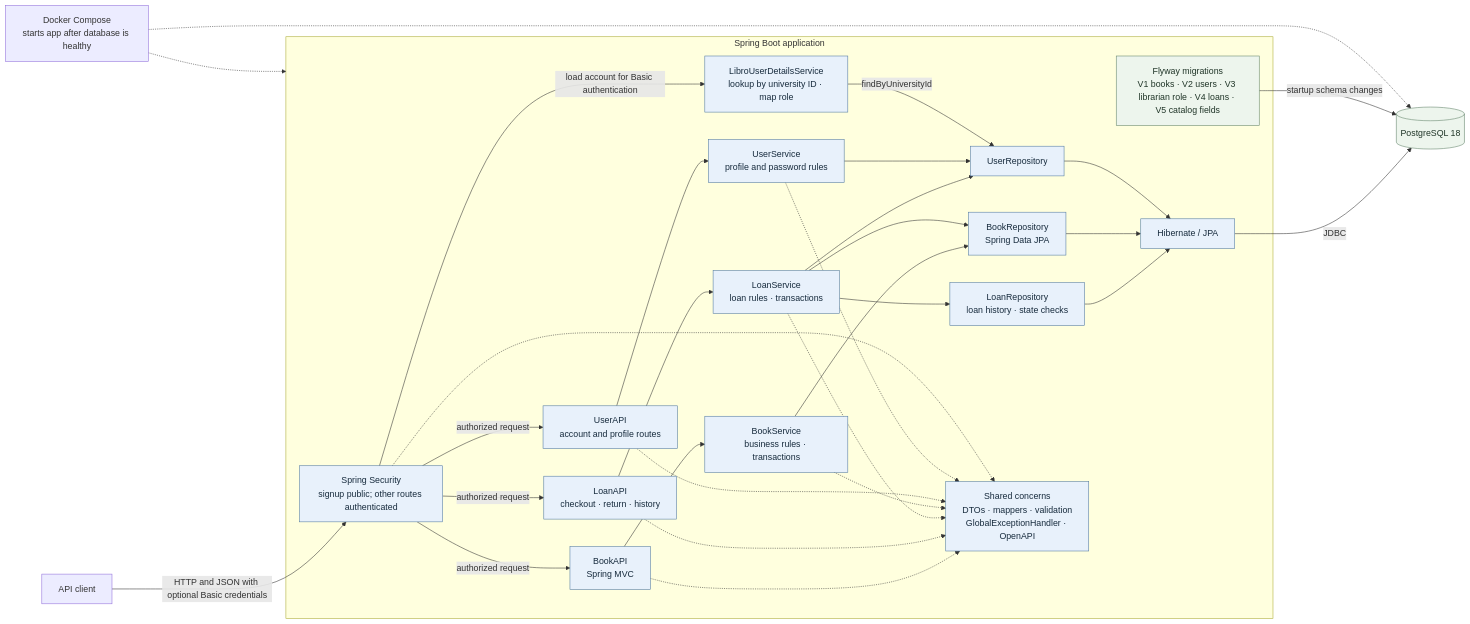
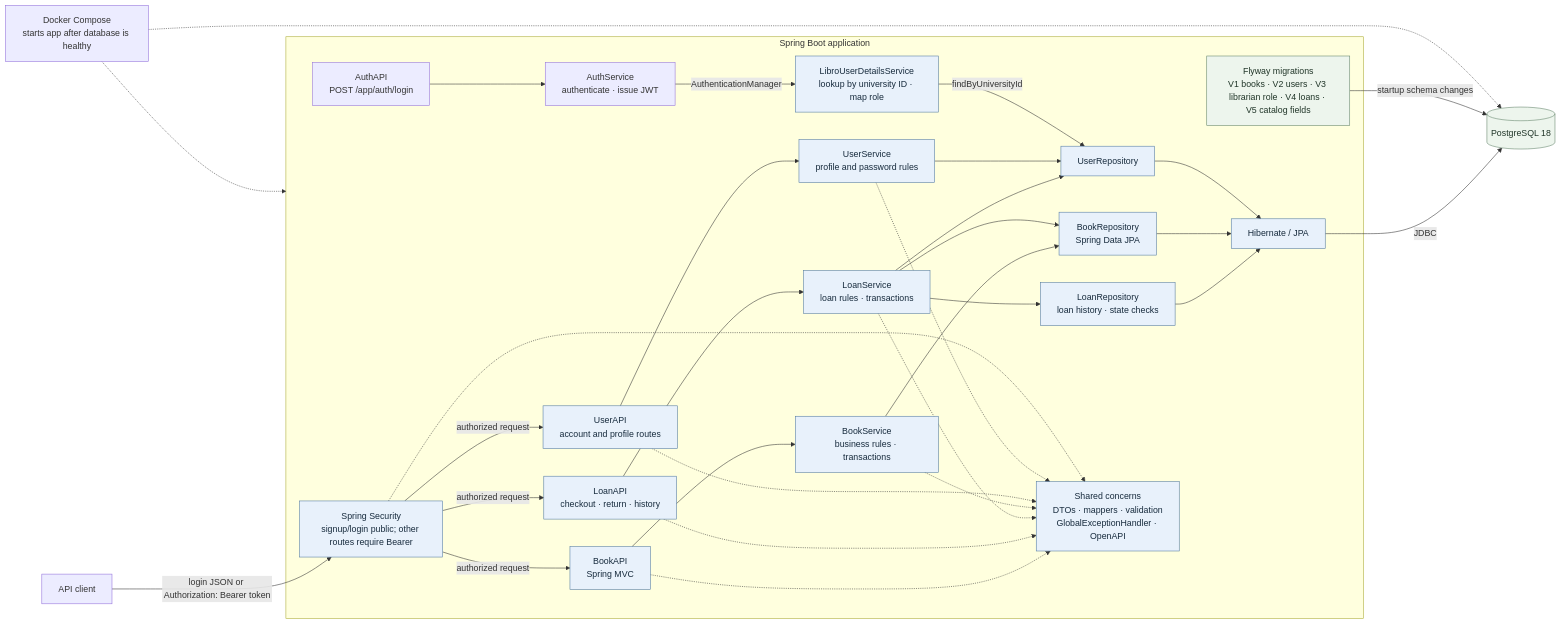
Before and after one commit to zqf20096327/dbhub_collect: the first of 6 diagrams in data/readmes/kyledelfin2006__libro-library-system.md, drawn with Mermaid. The commit also changed other lines of this file and 466 other files, not shown here.

````diff
--- a/data/readmes/kyledelfin2006__libro-library-system.md
+++ b/data/readmes/kyledelfin2006__libro-library-system.md
@@ -91,42 +92,43 @@
 ```mermaid
 flowchart LR
     Client["API client"]
     subgraph App["Spring Boot application"]
-        Security["Spring Security<br/>signup public; other routes authenticated"]
+        Security["Spring Security<br/>signup/login public; other routes require Bearer"]
         API["BookAPI<br/>Spring MVC"] --> Service["BookService<br/>business rules · transactions"]
         Service --> BookRepo["BookRepository<br/>Spring Data JPA"]
         LoanAPI["LoanAPI<br/>checkout · return · history"] --> LoanService["LoanService<br/>loan rules · transactions"]
         LoanService --> LoanRepo["LoanRepository<br/>loan history · state checks"]
         LoanService --> BookRepo
         LoanService --> UserRepo
         LoanRepo --> ORM
         BookRepo --> ORM["Hibernate / JPA"]
         UserAPI["UserAPI<br/>account and profile routes"] --> User["UserService<br/>profile and password rules"]
         User --> UserRepo["UserRepository"]
-        Security -->|load account for Basic authentication| UserDetails["LibroUserDetailsService<br/>lookup by university ID · map role"]
+        AuthAPI["AuthAPI<br/>POST /app/auth/login"] --> AuthService["AuthService<br/>authenticate · issue JWT"]
+        AuthService -->|AuthenticationManager| UserDetails["LibroUserDetailsService<br/>lookup by university ID · map role"]
         UserDetails -->|findByUniversityId| UserRepo
         UserRepo --> ORM
         Flyway["Flyway migrations<br/>V1 books · V2 users · V3 librarian role · V4 loans · V5 catalog fields"]
         Shared["Shared concerns<br/>DTOs · mappers · validation<br/>GlobalExceptionHandler · OpenAPI"]
         Security -->|authorized request| API
         Security -->|authorized request| UserAPI
         Security -->|authorized request| LoanAPI
         API -.-> Shared
         LoanAPI -.-> Shared
         LoanService -.-> Shared
         Service -.-> Shared
         UserAPI -.-> Shared
         User -.-> Shared
         Security -.-> Shared
     end
-    Client -->|HTTP and JSON with optional Basic credentials| Security
+    Client -->|login JSON or Authorization: Bearer token| Security
     ORM -->|JDBC| DB[("PostgreSQL 18")]
     Flyway -->|startup schema changes| DB
     Compose["Docker Compose<br/>starts app after database is healthy"] -.-> App
     Compose -.-> DB
 
     classDef service fill:#e8f1fb,stroke:#5078a0,color:#172b3d
     classDef data fill:#edf5ed,stroke:#62836a,color:#203528
     class API,Service,BookRepo,LoanAPI,LoanService,LoanRepo,ORM,UserAPI,User,UserRepo,UserDetails,Shared,Security service
     class DB,Flyway data
 ```
````
